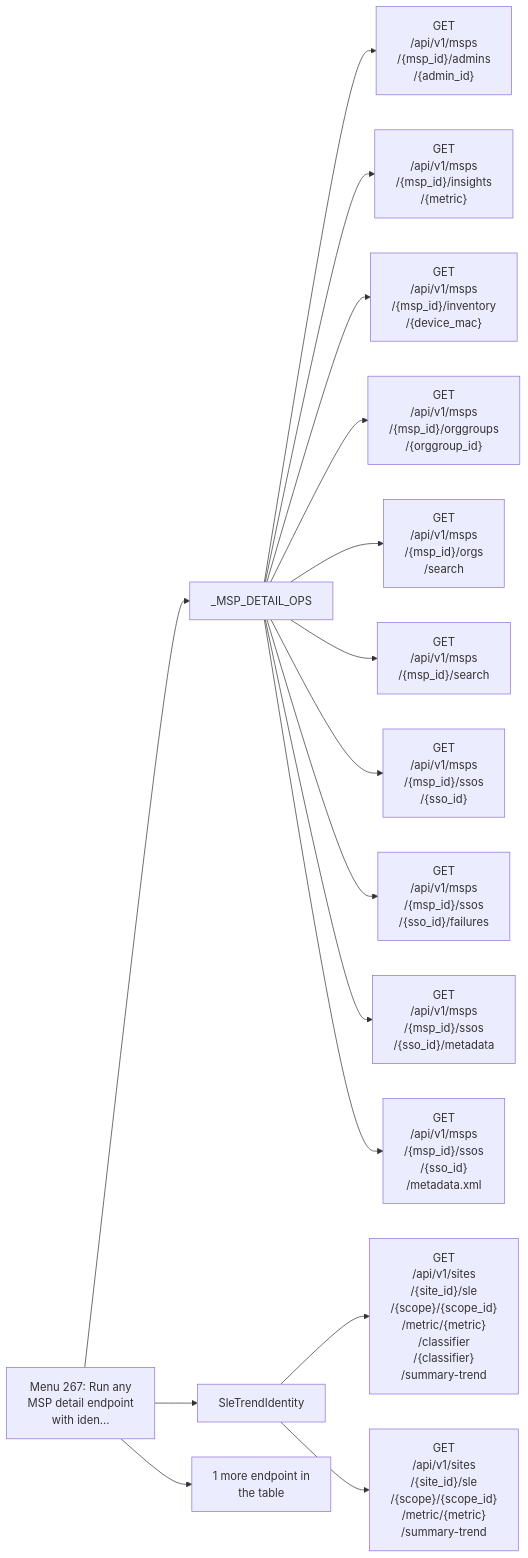
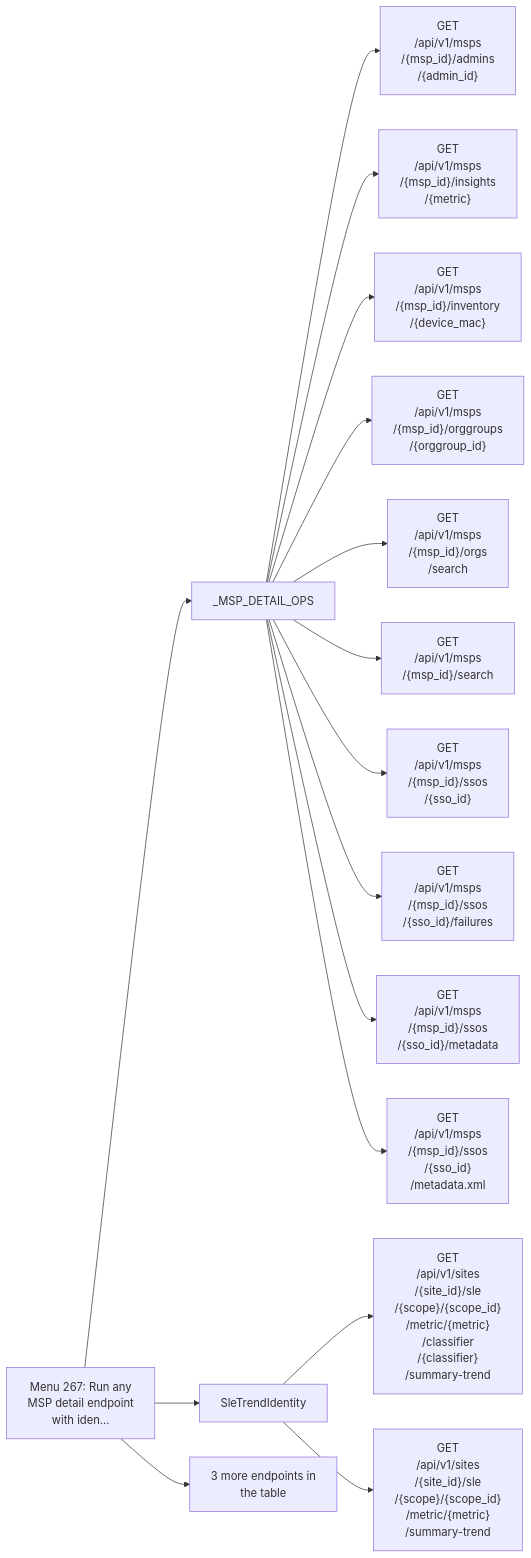
One commit to jmorrison-juniper/MistHelper changed diagram 24 of 26 in documentation/menu-api/interactive-safe.md. Above: the diagram before and after it, drawn with Mermaid. The commit also changed other lines of this file and 22 other files, not shown here.

````diff
--- a/documentation/menu-api/interactive-safe.md
+++ b/documentation/menu-api/interactive-safe.md
@@ -1770,19 +1779,19 @@
 ```mermaid
 flowchart LR
     menu["Menu 267: Run any<br/>MSP detail endpoint<br/>with iden..."]
     menu --> c1["_MSP_DETAIL_OPS"]
     c1 --> e1["GET<br/>/api/v1/msps<br/>/{msp_id}/admins<br/>/{admin_id}"]
     c1 --> e2["GET<br/>/api/v1/msps<br/>/{msp_id}/insights<br/>/{metric}"]
     c1 --> e3["GET<br/>/api/v1/msps<br/>/{msp_id}/inventory<br/>/{device_mac}"]
     c1 --> e4["GET<br/>/api/v1/msps<br/>/{msp_id}/orggroups<br/>/{orggroup_id}"]
     c1 --> e5["GET<br/>/api/v1/msps<br/>/{msp_id}/orgs<br/>/search"]
     c1 --> e6["GET<br/>/api/v1/msps<br/>/{msp_id}/search"]
     c1 --> e7["GET<br/>/api/v1/msps<br/>/{msp_id}/ssos<br/>/{sso_id}"]
     c1 --> e8["GET<br/>/api/v1/msps<br/>/{msp_id}/ssos<br/>/{sso_id}/failures"]
     c1 --> e9["GET<br/>/api/v1/msps<br/>/{msp_id}/ssos<br/>/{sso_id}/metadata"]
     c1 --> e10["GET<br/>/api/v1/msps<br/>/{msp_id}/ssos<br/>/{sso_id}<br/>/metadata.xml"]
     menu --> c2["SleTrendIdentity"]
     c2 --> e11["GET<br/>/api/v1/sites<br/>/{site_id}/sle<br/>/{scope}/{scope_id}<br/>/metric/{metric}<br/>/classifier<br/>/{classifier}<br/>/summary-trend"]
     c2 --> e12["GET<br/>/api/v1/sites<br/>/{site_id}/sle<br/>/{scope}/{scope_id}<br/>/metric/{metric}<br/>/summary-trend"]
-    menu --> more["1 more endpoint in<br/>the table"]
+    menu --> more["3 more endpoints in<br/>the table"]
 ```
````
